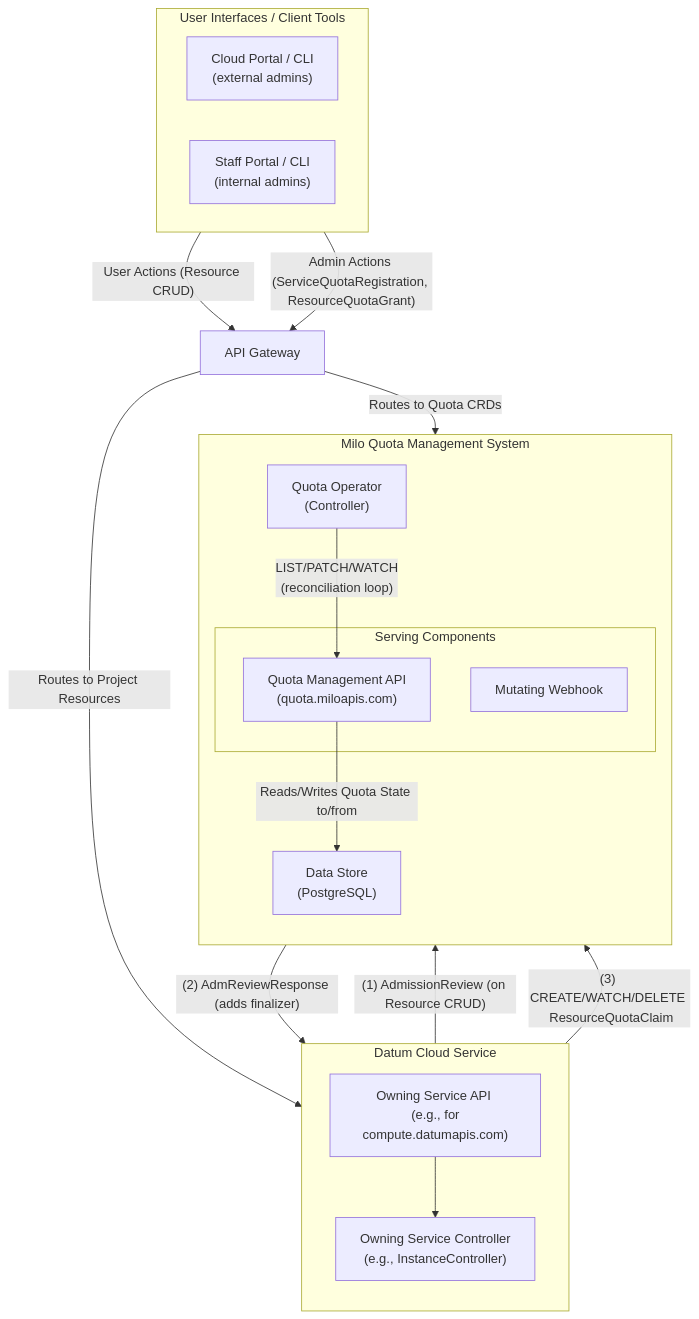
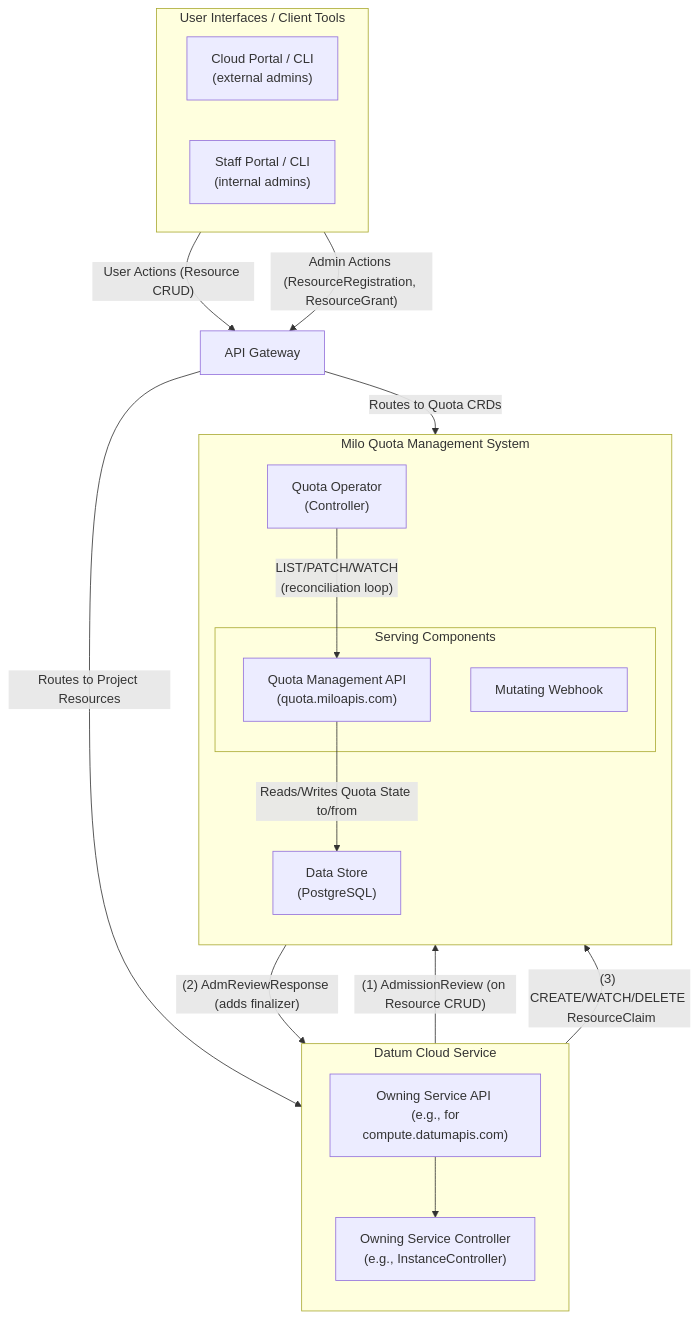
One commit to datum-cloud/enhancements changed the second of 6 diagrams in enhancements/platform/quota-management/README.md. Above: the diagram before and after it, drawn with Mermaid. The commit also changed other lines of this file, not shown here.

Commit message:
chore(quota): updates glossary of main terminology

````diff
--- a/enhancements/platform/quota-management/README.md
+++ b/enhancements/platform/quota-management/README.md
@@ -1237,48 +1239,48 @@
 ```mermaid
 %% C2 - Container Diagram: Milo Quota Management System & Interactions
 flowchart TD
     subgraph UserInterfaces ["User Interfaces / Client Tools"]
         direction LR
         PortalCLI["Cloud Portal / CLI <br/> (external admins)"]
         DatumAdminTools["Staff Portal / CLI <br/> (internal admins)"]
     end
 
     APIGateway["API Gateway"]
 
     subgraph OwningServiceInfra ["Datum Cloud Service"]
         direction TB
         OwningServiceAPI["Owning Service API <br/> (e.g., for compute.datumapis.com)"]
         OwningServiceController["Owning Service Controller <br/> (e.g., InstanceController)"]
 
         OwningServiceAPI --> OwningServiceController
     end
 
     subgraph CentralQuotaInfra ["Milo Quota Management System"]
         direction TB
         subgraph QuotaSvc ["Serving Components"]
             QuotaMgmtAPI["Quota Management API <br/> (quota.miloapis.com)"]
             MiloMutatingWebhook["Mutating Webhook"]
         end
         QuotaOperator["Quota Operator <br/> (Controller)"]
         Database["Data Store <br/> (PostgreSQL)"]
 
         QuotaMgmtAPI -- "Reads/Writes Quota State to/from" --> Database
         QuotaOperator -- "LIST/PATCH/WATCH <br/> (reconciliation loop)" --> QuotaMgmtAPI
     end
 
 
     %% User/Admin Request Flows via API Gateway
     PortalCLI -- "User Actions (Resource CRUD)" --> APIGateway
-    DatumAdminTools -- "Admin Actions (ServiceQuotaRegistration, ResourceQuotaGrant)" --> APIGateway
+    DatumAdminTools -- "Admin Actions (ResourceRegistration, ResourceGrant)" --> APIGateway
 
     APIGateway -- "Routes to Project Resources" --> OwningServiceAPI
     APIGateway -- "Routes to Quota CRDs" --> QuotaMgmtAPI
 
 
     %% Admission Control Flow
     OwningServiceAPI -- "(1) AdmissionReview (on Resource CRUD)" --> MiloMutatingWebhook
     MiloMutatingWebhook -- "(2) AdmReviewResponse (adds finalizer)" --> OwningServiceAPI
 
     %% Owning Service Controller creating claims with Central Quota Service
-    OwningServiceController -- "(3) CREATE/WATCH/DELETE <br/> ResourceQuotaClaim" --> QuotaMgmtAPI
+    OwningServiceController -- "(3) CREATE/WATCH/DELETE <br/> ResourceClaim" --> QuotaMgmtAPI
 ```
````
